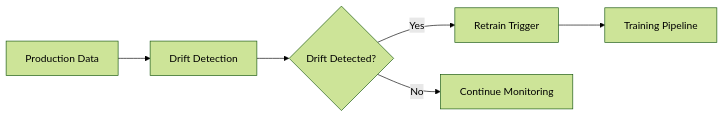
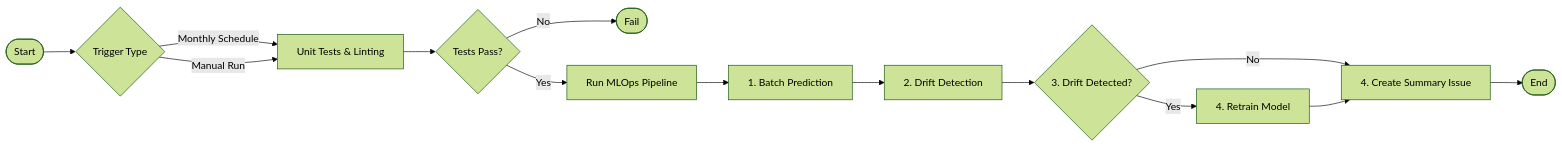
One commit to richardelchaar/Employee-Attrition-MLOps changed the second of 2 diagrams in README.md. Above: the diagram before and after it, drawn with Mermaid (forest theme). The commit also changed other lines of this file and 1 other file, not shown here.

````diff
--- a/README.md
+++ b/README.md
@@ -738,8 +65,20 @@
 ```mermaid
-graph LR
-    A[Production Data] --> B[Drift Detection]
-    B --> C{Drift Detected?}
-    C -->|Yes| D[Retrain Trigger]
-    C -->|No| E[Continue Monitoring]
-    D --> F[Training Pipeline]
+flowchart LR
+    Start([Start]) --> Trigger{Trigger Type}
+    Trigger -->|Monthly Schedule| UnitTest[Unit Tests & Linting]
+    Trigger -->|Manual Run| UnitTest
+    
+    UnitTest --> TestResult{Tests Pass?}
+    TestResult -->|No| Fail([Fail])
+    TestResult -->|Yes| Pipeline[Run MLOps Pipeline]
+    
+    Pipeline --> BatchPred[1. Batch Prediction]
+    BatchPred --> DriftCheck[2. Drift Detection]
+    
+    DriftCheck --> DriftResult{3. Drift Detected?}
+    DriftResult -->|No| CreateIssue[4. Create Summary Issue]
+    DriftResult -->|Yes| Retrain[4. Retrain Model]
+    
+    Retrain --> CreateIssue
+    CreateIssue --> End([End])
 ```
````
